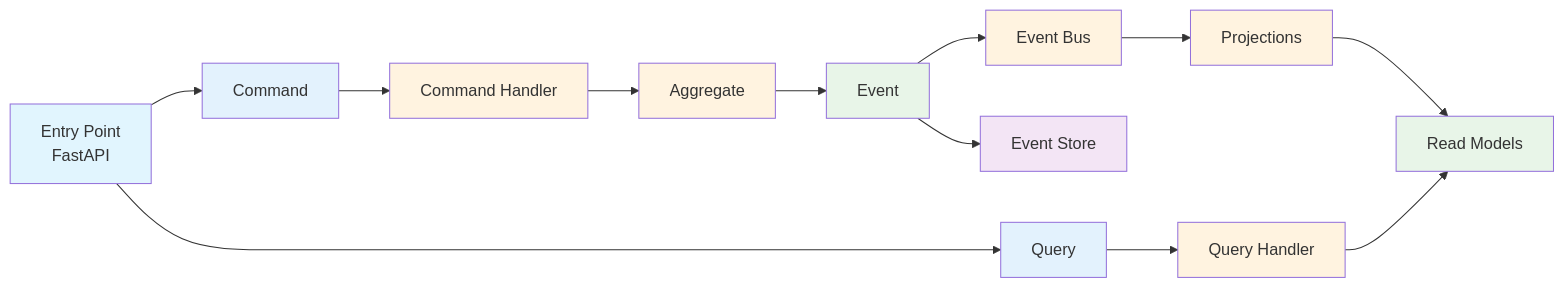
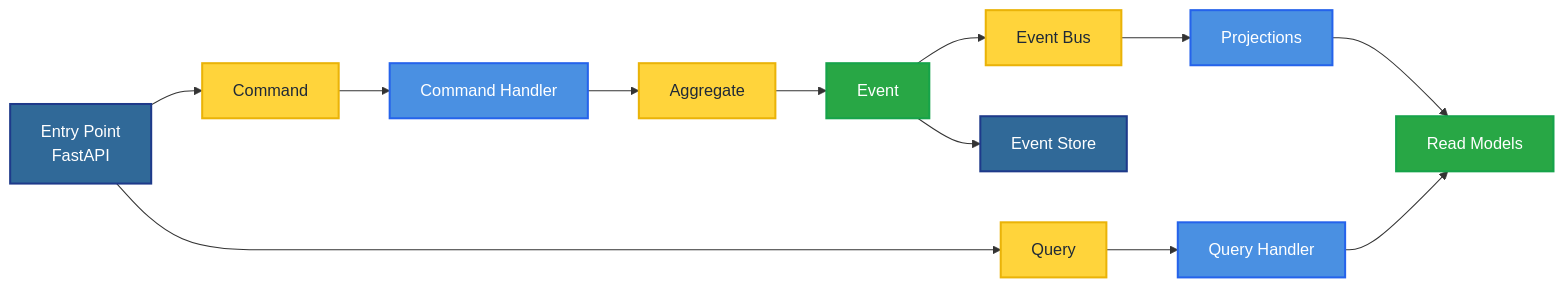
Before and after one commit to anmarkoulis/event-sourcing: the diagram in docs/presentation/diagrams/source/event-sourcing-flow.mmd, drawn with Mermaid. The commit also changed 3 other files, not shown here.

```diff
--- a/docs/presentation/diagrams/source/event-sourcing-flow.mmd
+++ b/docs/presentation/diagrams/source/event-sourcing-flow.mmd
@@ -1,26 +1,26 @@
 graph LR
     A[Entry Point<br/>FastAPI] --> B[Command]
     A --> J[Query]
 
     B --> C[Command Handler]
     C --> D[Aggregate]
     D --> E[Event]
     E --> F[Event Store]
     E --> G[Event Bus]
     G --> I[Projections]
     I --> K[Read Models]
 
     J --> L[Query Handler]
     L --> K
 
-    style A fill:#e1f5fe
-    style B fill:#e3f2fd
-    style C fill:#fff3e0
-    style D fill:#fff3e0
-    style E fill:#e8f5e8
-    style F fill:#f3e5f5
-    style G fill:#fff3e0
-    style I fill:#fff3e0
-    style J fill:#e3f2fd
-    style K fill:#e8f5e8
-    style L fill:#fff3e0
+    style A fill:#306998,stroke:#1e3a8a,stroke-width:2px,color:#ffffff
+    style B fill:#FFD43B,stroke:#eab308,stroke-width:2px,color:#1f2937
+    style C fill:#4A90E2,stroke:#2563eb,stroke-width:2px,color:#ffffff
+    style D fill:#FFD43B,stroke:#eab308,stroke-width:2px,color:#1f2937
+    style E fill:#28A745,stroke:#16a34a,stroke-width:2px,color:#ffffff
+    style F fill:#306998,stroke:#1e3a8a,stroke-width:2px,color:#ffffff
+    style G fill:#FFD43B,stroke:#eab308,stroke-width:2px,color:#1f2937
+    style I fill:#4A90E2,stroke:#2563eb,stroke-width:2px,color:#ffffff
+    style J fill:#FFD43B,stroke:#eab308,stroke-width:2px,color:#1f2937
+    style K fill:#28A745,stroke:#16a34a,stroke-width:2px,color:#ffffff
+    style L fill:#4A90E2,stroke:#2563eb,stroke-width:2px,color:#ffffff
```
